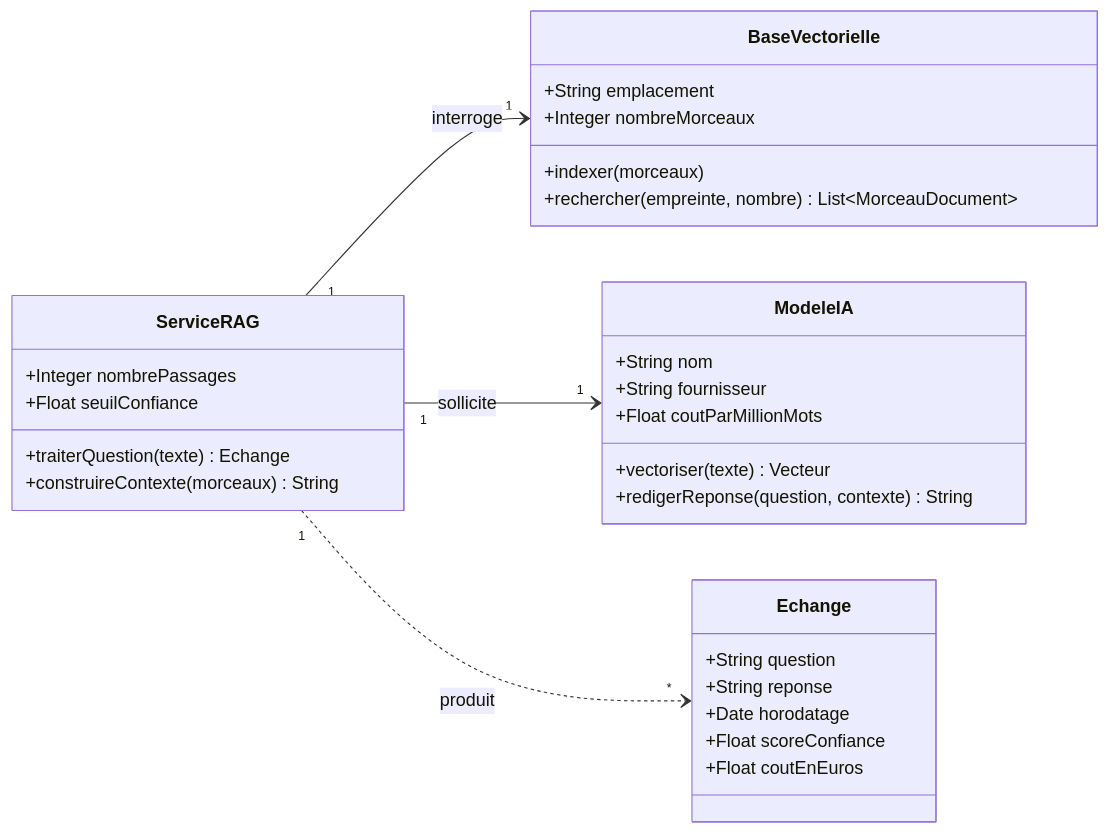
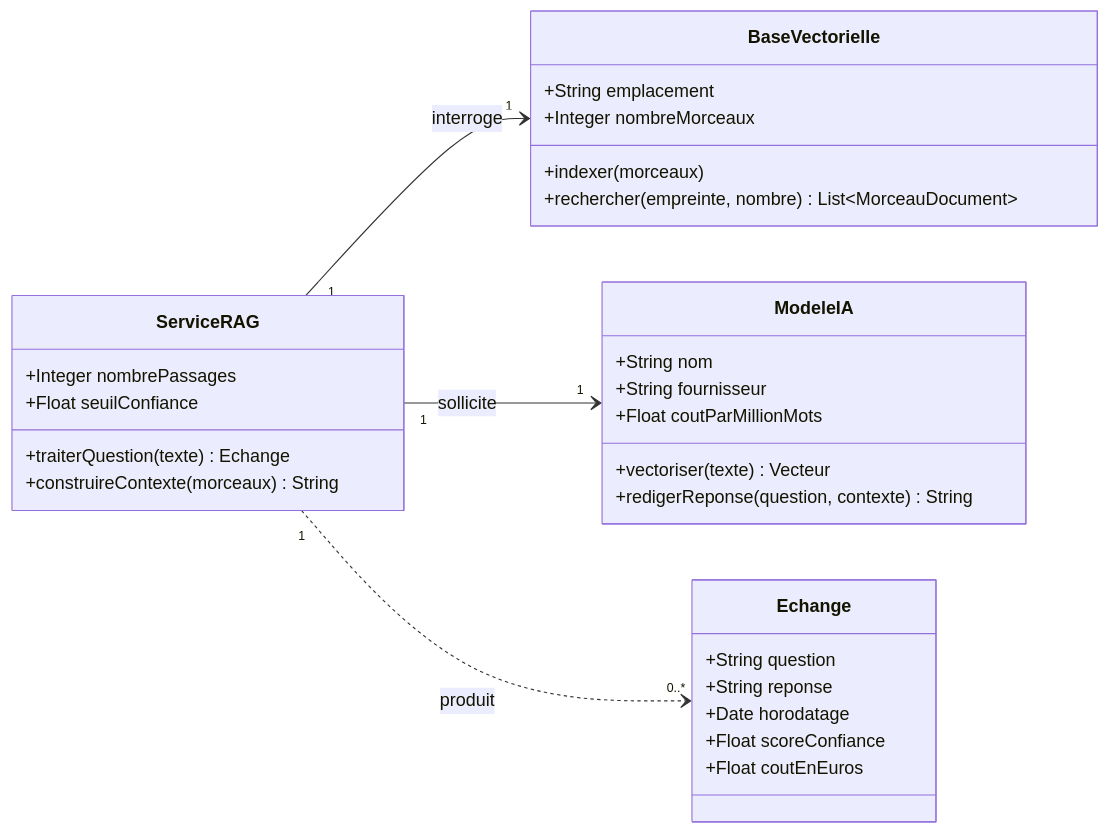
Before and after one commit to margotmc-web/Chatbot_PPV_BC07: the fourth of 5 diagrams in 10bis-diagramme-classes.md, drawn with Mermaid. The commit also changed other lines of this file, not shown here.

````diff
--- a/10bis-diagramme-classes.md
+++ b/10bis-diagramme-classes.md
@@ -126,38 +126,38 @@
 ```mermaid
 classDiagram
     direction LR
 
     class ServiceRAG {
         +Integer nombrePassages
         +Float seuilConfiance
         +traiterQuestion(texte) Echange
         +construireContexte(morceaux) String
     }
 
     class ModeleIA {
         +String nom
         +String fournisseur
         +Float coutParMillionMots
         +vectoriser(texte) Vecteur
         +redigerReponse(question, contexte) String
     }
 
     class BaseVectorielle {
         +String emplacement
         +Integer nombreMorceaux
         +indexer(morceaux)
         +rechercher(empreinte, nombre) List~MorceauDocument~
     }
 
     class Echange {
         +String question
         +String reponse
         +Date horodatage
         +Float scoreConfiance
         +Float coutEnEuros
     }
 
     ServiceRAG "1" --> "1" BaseVectorielle : interroge
     ServiceRAG "1" --> "1" ModeleIA : sollicite
-    ServiceRAG "1" ..> "*" Echange : produit
+    ServiceRAG "1" ..> "0..*" Echange : produit
 ```
````
